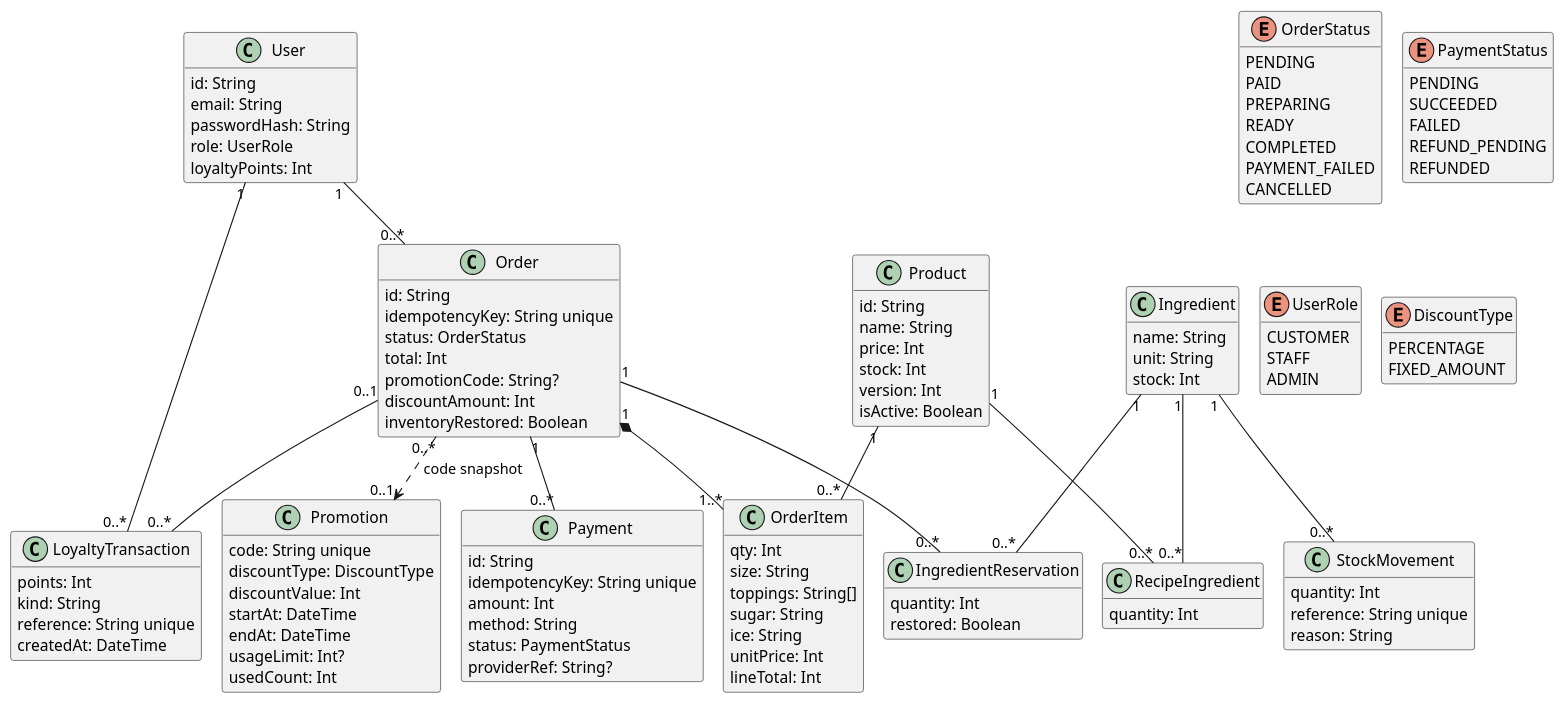
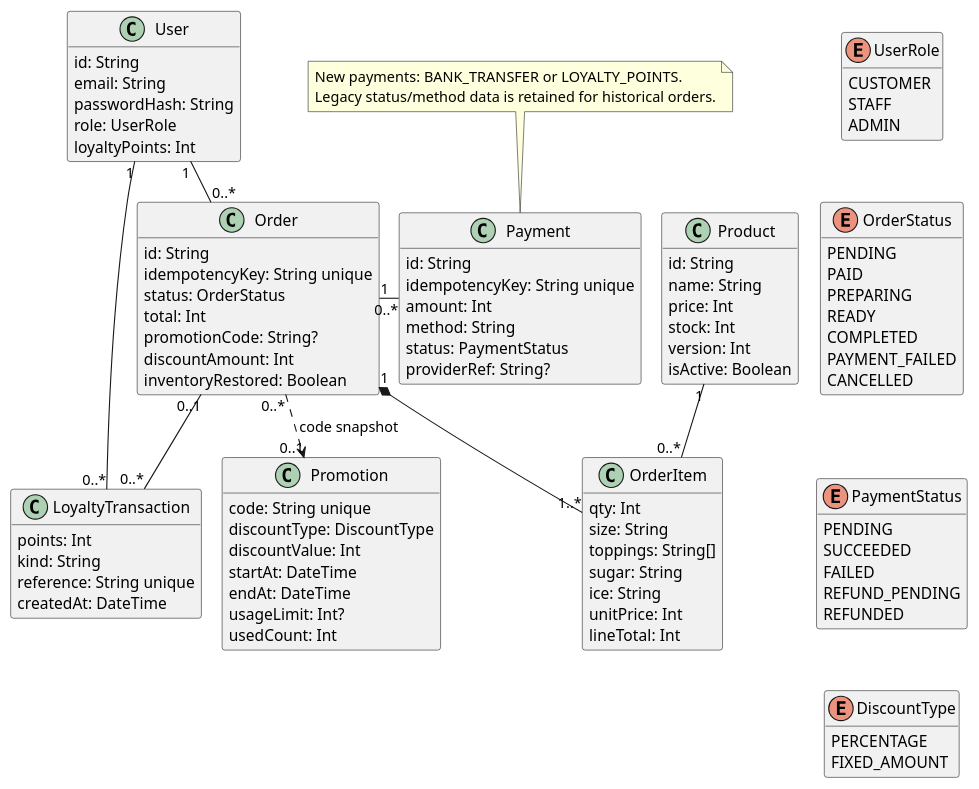
One commit to https-monstiez/BrewLite-AS2 changed the diagram in docs/diagrams/class-domain.puml. Above: the diagram before and after it, drawn with PlantUML. The commit also changed 30 other files, not shown here.

Commit message:
docs: deliver bank and points report in PDF and Word with updated demo

```diff
--- a/docs/diagrams/class-domain.puml
+++ b/docs/diagrams/class-domain.puml
@@ -1,116 +1,102 @@
 @startuml
 !pragma layout smetana
 skinparam shadowing false
 skinparam defaultFontName SansSerif
 hide methods
+top to bottom direction
+skinparam nodesep 25
+skinparam ranksep 35
 class User {
  id: String
  email: String
  passwordHash: String
  role: UserRole
  loyaltyPoints: Int
 }
 class Product {
  id: String
  name: String
  price: Int
  stock: Int
  version: Int
  isActive: Boolean
 }
 class Order {
  id: String
  idempotencyKey: String unique
  status: OrderStatus
  total: Int
  promotionCode: String?
  discountAmount: Int
  inventoryRestored: Boolean
 }
 class OrderItem {
  qty: Int
  size: String
  toppings: String[]
  sugar: String
  ice: String
  unitPrice: Int
  lineTotal: Int
 }
+note "New payments: BANK_TRANSFER or LOYALTY_POINTS.\nLegacy status/method data is retained for historical orders." as paymentScope
 class Payment {
  id: String
  idempotencyKey: String unique
  amount: Int
  method: String
  status: PaymentStatus
  providerRef: String?
 }
+paymentScope .. Payment
 class Promotion {
  code: String unique
  discountType: DiscountType
  discountValue: Int
  startAt: DateTime
  endAt: DateTime
  usageLimit: Int?
  usedCount: Int
 }
 class LoyaltyTransaction {
  points: Int
  kind: String
  reference: String unique
  createdAt: DateTime
 }
 enum OrderStatus {
  PENDING
  PAID
  PREPARING
  READY
  COMPLETED
  PAYMENT_FAILED
  CANCELLED
 }
 enum PaymentStatus {
  PENDING
  SUCCEEDED
  FAILED
  REFUND_PENDING
  REFUNDED
 }
 enum UserRole {
  CUSTOMER
  STAFF
  ADMIN
 }
 enum DiscountType {
  PERCENTAGE
  FIXED_AMOUNT
 }
-User "1" -- "0..*" Order
-Order "1" *-- "1..*" OrderItem
+User "1" -down- "0..*" Order
+Order "1" *-down- "1..*" OrderItem
 Product "1" -- "0..*" OrderItem
-Order "1" -- "0..*" Payment
+Order "1" -right- "0..*" Payment
 Order "0..*" ..> "0..1" Promotion : code snapshot
 User "1" -- "0..*" LoyaltyTransaction
 Order "0..1" -- "0..*" LoyaltyTransaction
-class Ingredient {
- name: String
- unit: String
- stock: Int
-}
-class RecipeIngredient {
- quantity: Int
-}
-class IngredientReservation {
- quantity: Int
- restored: Boolean
-}
-class StockMovement {
- quantity: Int
- reference: String unique
- reason: String
-}
-Product "1" -- "0..*" RecipeIngredient
-Ingredient "1" -- "0..*" RecipeIngredient
-Order "1" -- "0..*" IngredientReservation
-Ingredient "1" -- "0..*" IngredientReservation
-Ingredient "1" -- "0..*" StockMovement
+UserRole -[hidden]down-> OrderStatus
+OrderStatus -[hidden]down-> PaymentStatus
+PaymentStatus -[hidden]down-> DiscountType
 @enduml
```
